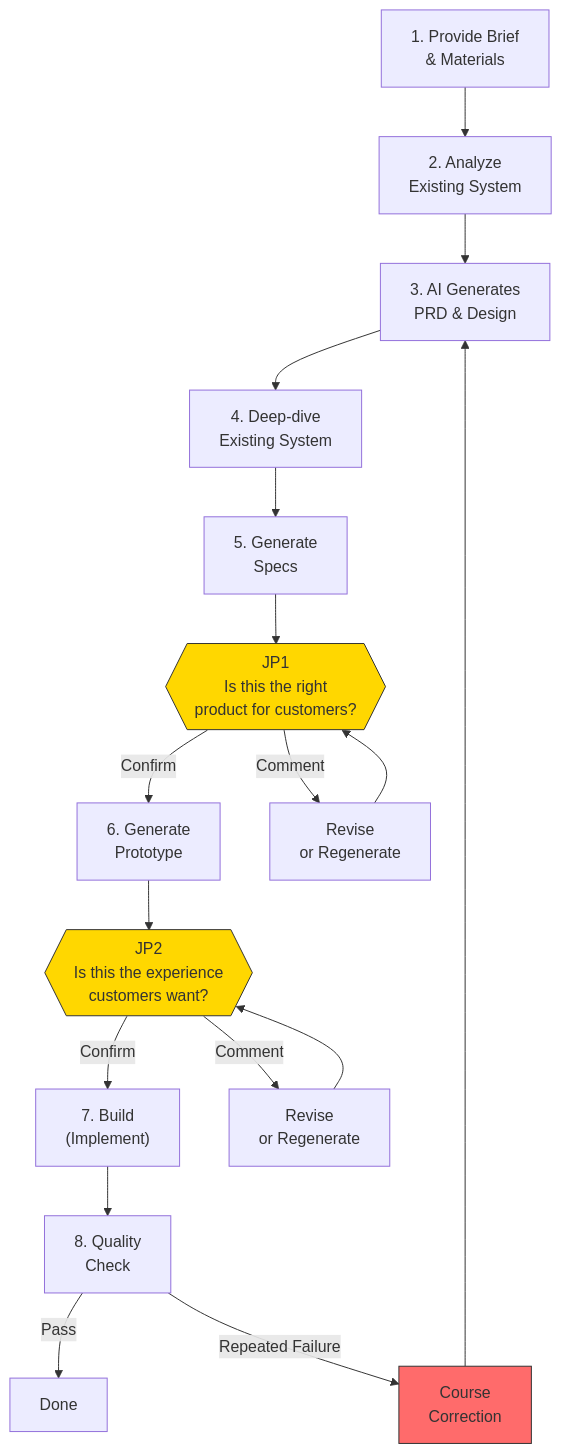
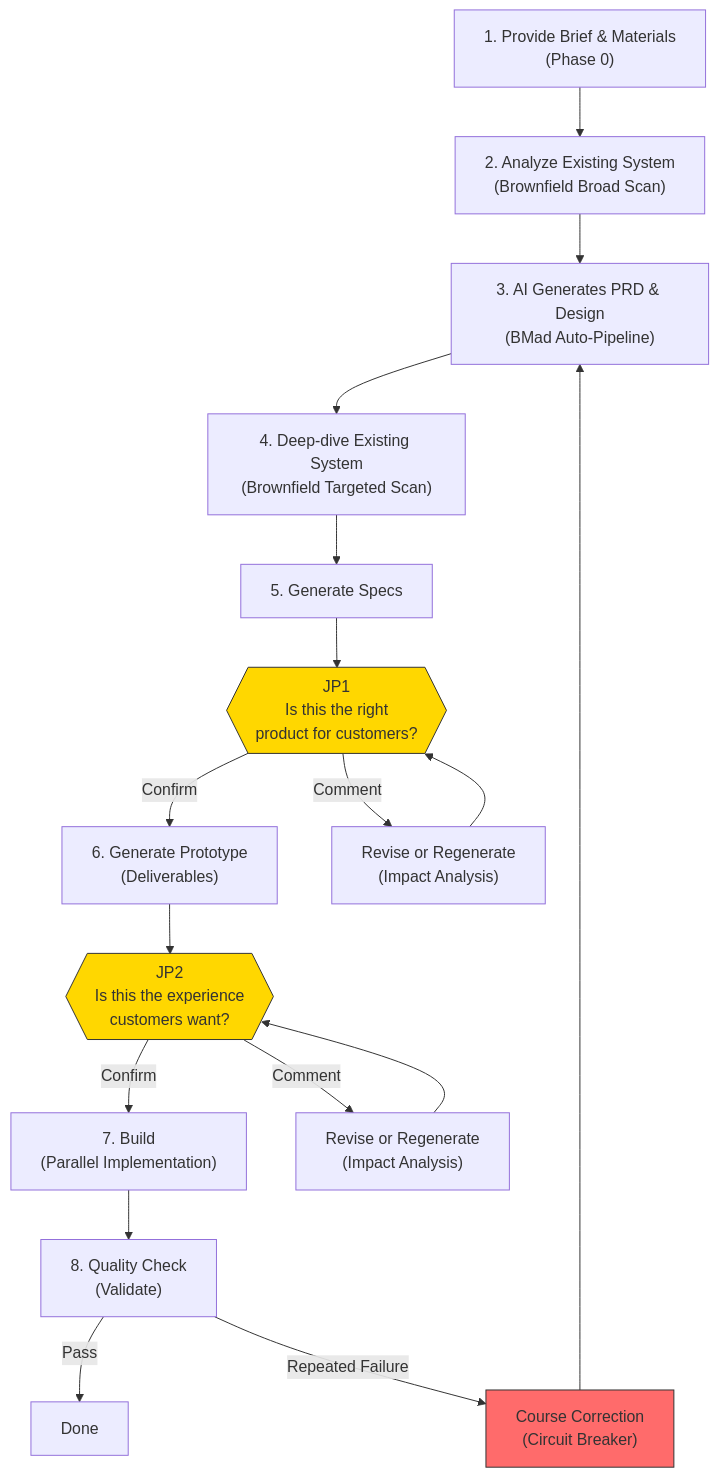
The diagram in docs/blueprint.md (kangminlee-maker/jdd-sprint-kit), drawn with Mermaid before and after one commit. The commit also changed 1 other file, not shown here.

Commit message:
docs: flowchart labels show both user perspective and internal terms
Format: "User Action/Result\n(Internal Term)" — user sees what they
experience first, with the system term in parentheses for reference.

````diff
--- a/docs/blueprint.md
+++ b/docs/blueprint.md
@@ -26,23 +26,23 @@
 ```mermaid
 flowchart TD
-    A["1. Provide Brief\n& Materials"] --> B["2. Analyze\nExisting System"]
-    B --> C["3. AI Generates\nPRD & Design"]
-    C --> D["4. Deep-dive\nExisting System"]
-    D --> E["5. Generate\nSpecs"]
+    A["1. Provide Brief & Materials\n(Phase 0)"] --> B["2. Analyze Existing System\n(Brownfield Broad Scan)"]
+    B --> C["3. AI Generates PRD & Design\n(BMad Auto-Pipeline)"]
+    C --> D["4. Deep-dive Existing System\n(Brownfield Targeted Scan)"]
+    D --> E["5. Generate Specs"]
     E --> JP1{{"JP1\nIs this the right\nproduct for customers?"}}
-    JP1 -->|Confirm| F["6. Generate\nPrototype"]
-    JP1 -->|Comment| JP1_FB["Revise\nor Regenerate"]
+    JP1 -->|Confirm| F["6. Generate Prototype\n(Deliverables)"]
+    JP1 -->|Comment| JP1_FB["Revise or Regenerate\n(Impact Analysis)"]
     JP1_FB --> JP1
     F --> JP2{{"JP2\nIs this the experience\ncustomers want?"}}
-    JP2 -->|Confirm| G["7. Build\n(Implement)"]
-    JP2 -->|Comment| JP2_FB["Revise\nor Regenerate"]
+    JP2 -->|Confirm| G["7. Build\n(Parallel Implementation)"]
+    JP2 -->|Comment| JP2_FB["Revise or Regenerate\n(Impact Analysis)"]
     JP2_FB --> JP2
-    G --> H["8. Quality\nCheck"]
+    G --> H["8. Quality Check\n(Validate)"]
     H -->|Pass| I["Done"]
-    H -->|Repeated Failure| CB["Course\nCorrection"]
+    H -->|Repeated Failure| CB["Course Correction\n(Circuit Breaker)"]
     CB --> C
 
     style JP1 fill:#FFD700,stroke:#333
     style JP2 fill:#FFD700,stroke:#333
     style CB fill:#FF6B6B,stroke:#333
 ```
````
